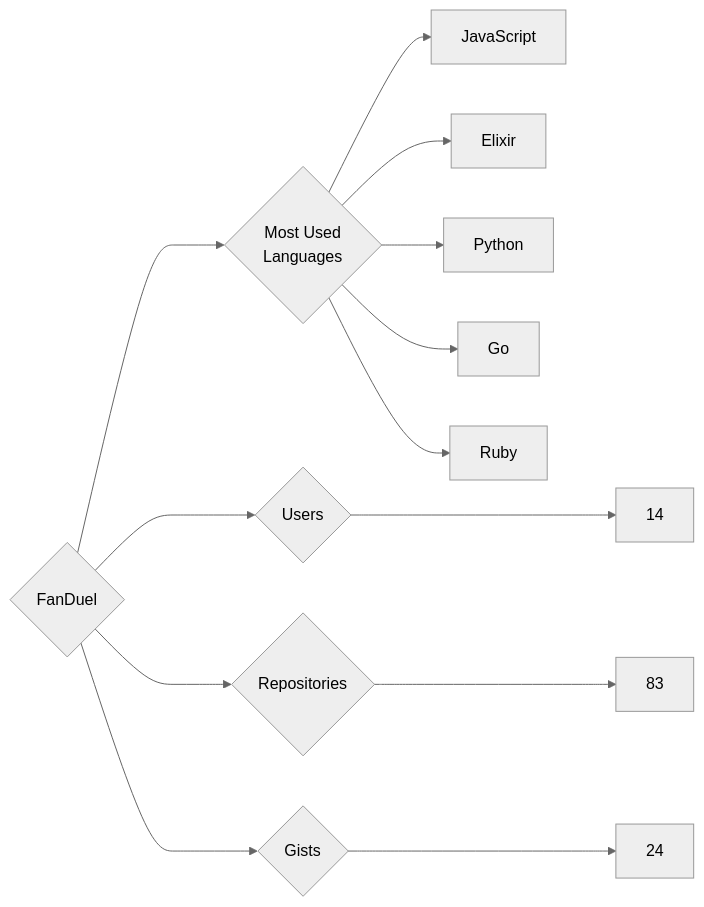
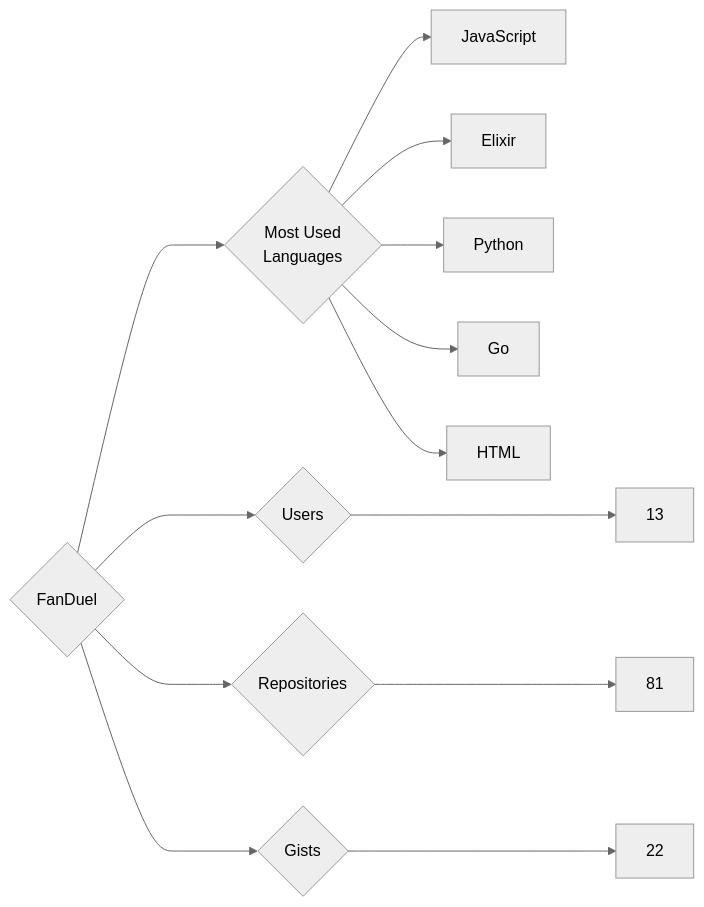
The diagram in targets/FanDuel/README.md (trickest/insiders), drawn with Mermaid (neutral theme) before and after one commit. The commit also changed 718 other files, not shown here.

````diff
--- a/targets/FanDuel/README.md
+++ b/targets/FanDuel/README.md
@@ -3,13 +3,13 @@
 ```mermaid
 graph LR
 COMPANY_NAME{FanDuel}
-COMPANY_NAME ---> U{Users} ---> UN[14]
-COMPANY_NAME ---> R{Repositories} ---> RN[83]
-COMPANY_NAME ---> G{Gists} ---> GN[24]
+COMPANY_NAME ---> U{Users} ---> UN[13]
+COMPANY_NAME ---> R{Repositories} ---> RN[81]
+COMPANY_NAME ---> G{Gists} ---> GN[22]
 COMPANY_NAME ---> ML{Most Used<br>Languages}
 ML --> JavaScript[JavaScript]
 ML --> Elixir[Elixir]
 ML --> Python[Python]
 ML --> Go[Go]
-ML --> Ruby[Ruby]
+ML --> HTML[HTML]
 ```
````
